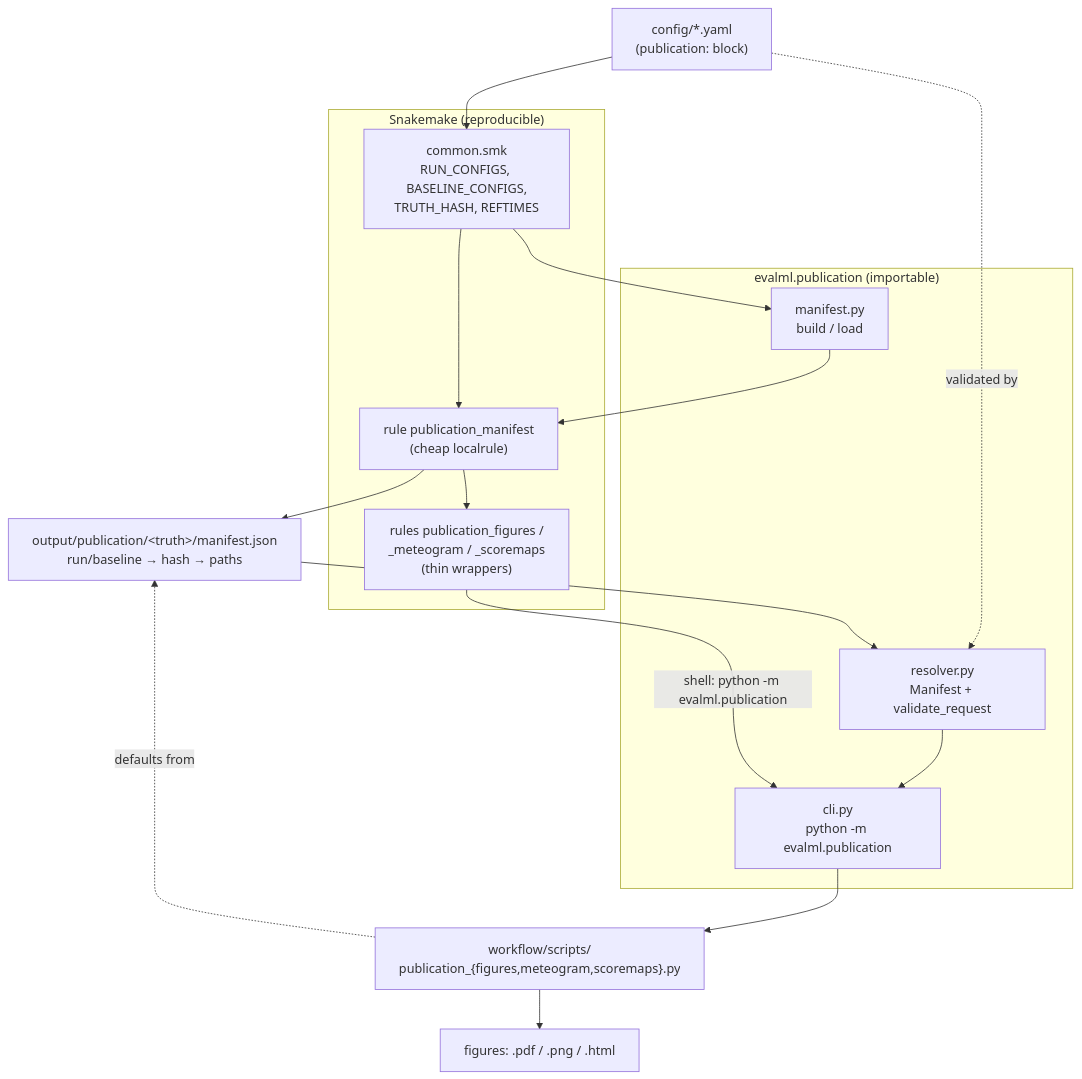
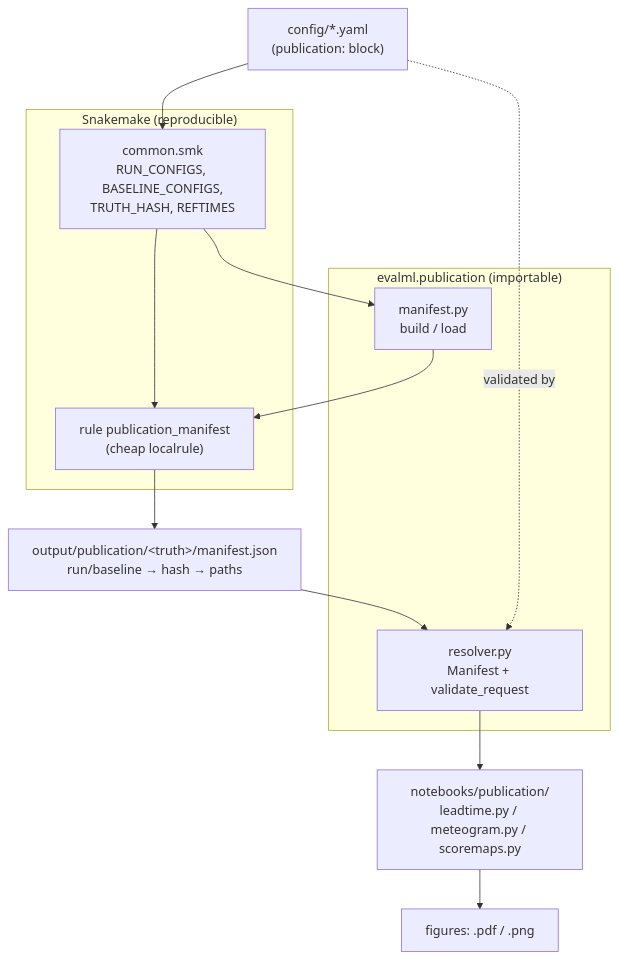
The first of 2 diagrams in docs/publication_figures.md (MeteoSwiss/evalml), drawn with Mermaid before and after one commit. The commit also changed other lines of this file and 18 other files, not shown here.

````diff
--- a/docs/publication_figures.md
+++ b/docs/publication_figures.md
@@ -92,25 +33,20 @@
 ```mermaid
 flowchart TD
     cfg["config/*.yaml<br/>(publication: block)"]
     subgraph smk["Snakemake (reproducible)"]
         common["common.smk<br/>RUN_CONFIGS, BASELINE_CONFIGS,<br/>TRUTH_HASH, REFTIMES"]
         manrule["rule publication_manifest<br/>(cheap localrule)"]
-        figrules["rules publication_figures /<br/>_meteogram / _scoremaps<br/>(thin wrappers)"]
     end
     manifest["output/publication/&lt;truth&gt;/manifest.json<br/>run/baseline → hash → paths"]
     subgraph pub["evalml.publication (importable)"]
         builder["manifest.py<br/>build / load"]
         resolver["resolver.py<br/>Manifest + validate_request"]
-        cli["cli.py<br/>python -m evalml.publication"]
     end
-    scripts["workflow/scripts/<br/>publication_{figures,meteogram,scoremaps}.py"]
-    figs["figures: .pdf / .png / .html"]
+    notebooks["notebooks/publication/<br/>leadtime.py / meteogram.py / scoremaps.py"]
+    figs["figures: .pdf / .png"]
 
     cfg --> common --> manrule --> manifest
     common --> builder --> manrule
-    manifest --> resolver --> cli --> scripts --> figs
-    figrules -->|shell: python -m evalml.publication| cli
-    manrule --> figrules
+    manifest --> resolver --> notebooks --> figs
     cfg -. validated by .-> resolver
-    scripts -. defaults from .-> manifest
 ```
````
